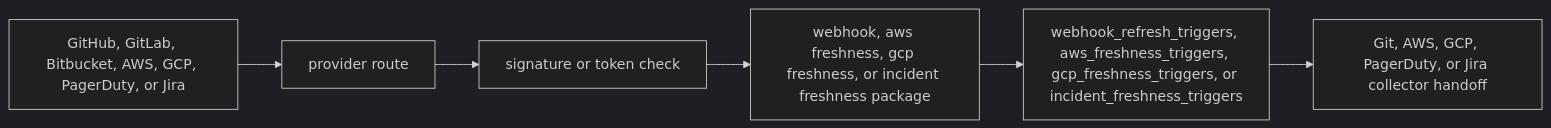
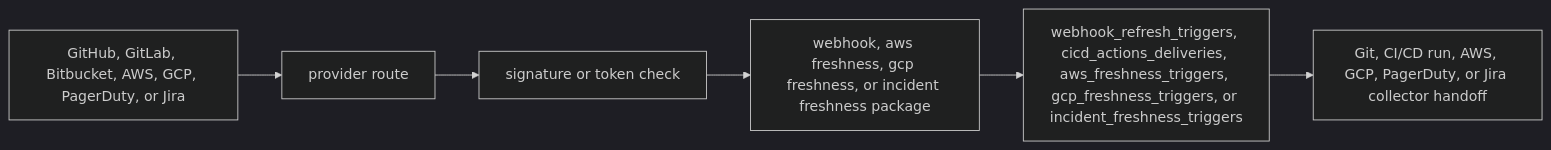
One commit to eshu-hq/eshu changed the diagram in go/cmd/webhook-listener/README.md. Above: the diagram before and after it, drawn with Mermaid (dark theme). The commit also changed other lines of this file and 14 other files, not shown here.

First line of the commit message:
feat(webhook): enqueue verified GitHub Actions wake-ups

````diff
--- a/go/cmd/webhook-listener/README.md
+++ b/go/cmd/webhook-listener/README.md
@@ -21,8 +22,8 @@
 ```mermaid
 flowchart LR
   Provider["GitHub, GitLab, Bitbucket, AWS, GCP, PagerDuty, or Jira"] --> Handler["provider route"]
   Handler --> Verify["signature or token check"]
   Verify --> Normalize["webhook, aws freshness, gcp freshness, or incident freshness package"]
-  Normalize --> Store["webhook_refresh_triggers, aws_freshness_triggers, gcp_freshness_triggers, or incident_freshness_triggers"]
-  Store --> Collector["Git, AWS, GCP, PagerDuty, or Jira collector handoff"]
+  Normalize --> Store["webhook_refresh_triggers, cicd_actions_deliveries, aws_freshness_triggers, gcp_freshness_triggers, or incident_freshness_triggers"]
+  Store --> Collector["Git, CI/CD run, AWS, GCP, PagerDuty, or Jira collector handoff"]
 ```
````
